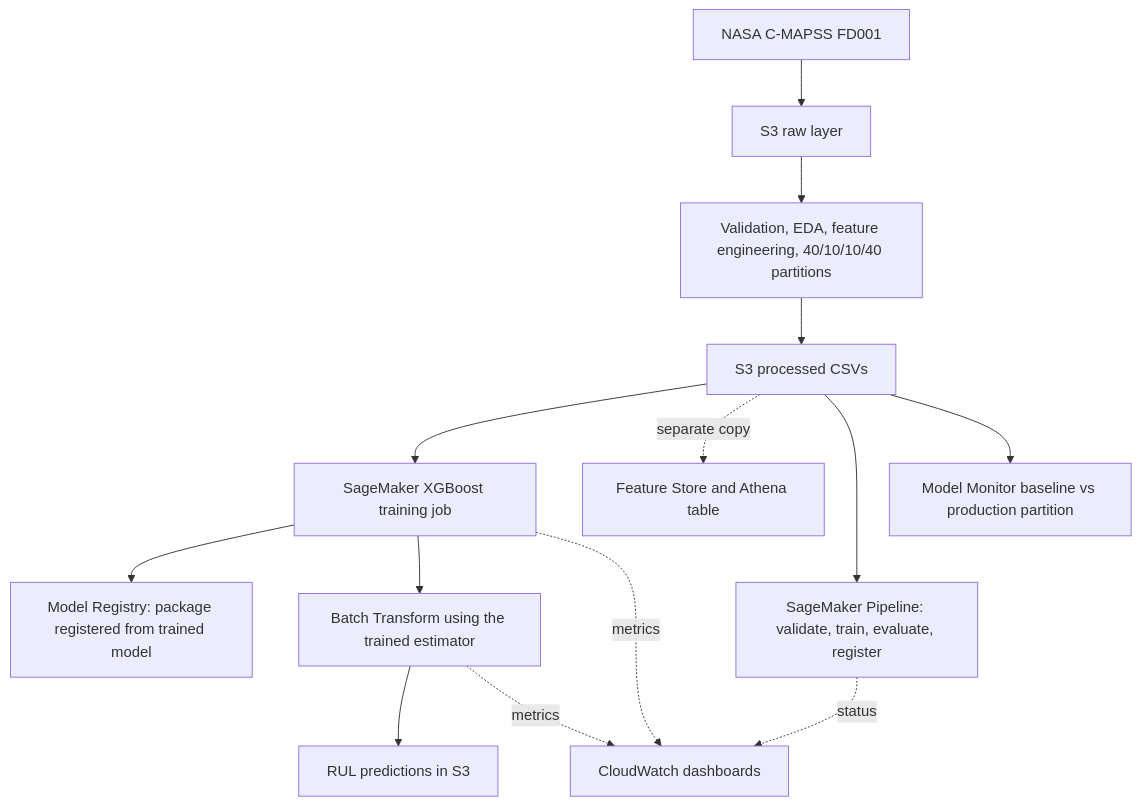
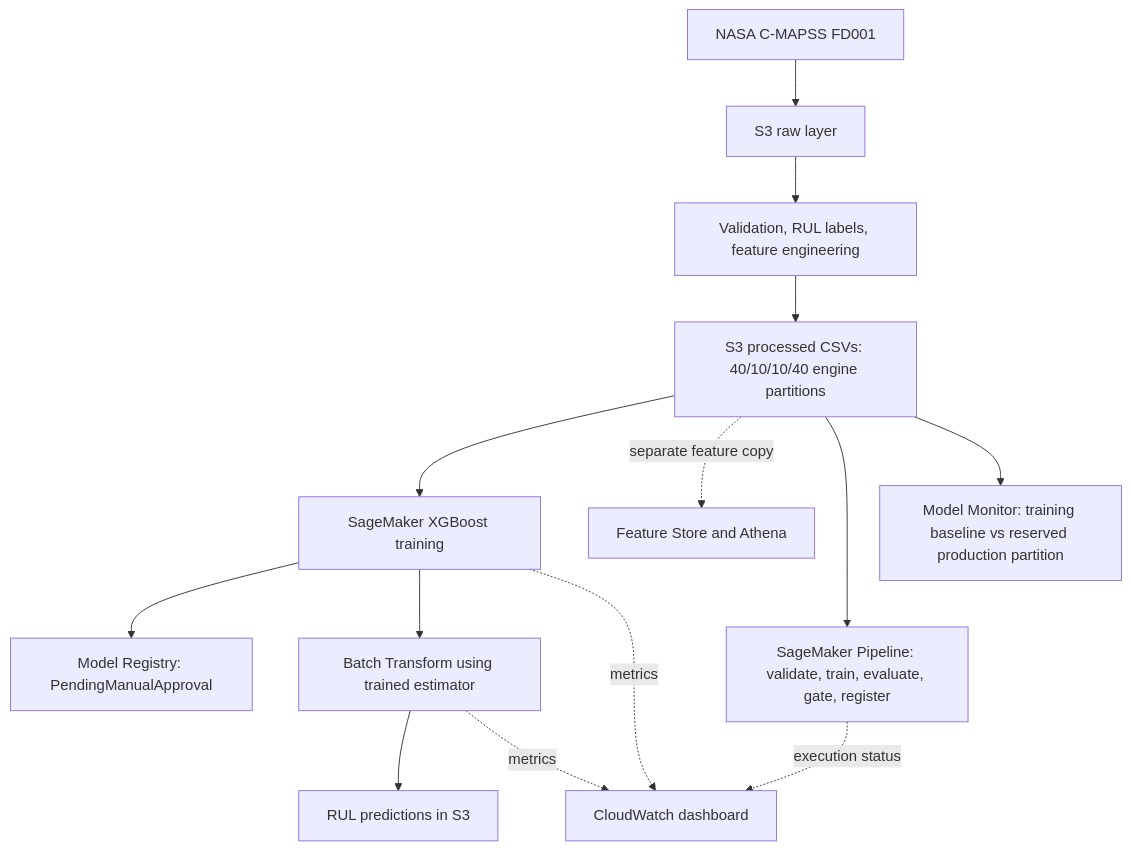
The diagram in README.md (AndrewBlumhardt/usd-aai-540-turbofan-rul), drawn with Mermaid before and after one commit. The commit also changed other lines of this file, not shown here.

Commit message:
Revise README with SageMaker evaluation and model context

````diff
--- a/README.md
+++ b/README.md
@@ -35,16 +72,16 @@
 ```mermaid
 flowchart TD
     A[NASA C-MAPSS FD001] --> B[S3 raw layer]
-    B --> C[Validation, EDA, feature engineering, 40/10/10/40 partitions]
-    C --> P[S3 processed CSVs]
-    P --> D[SageMaker XGBoost training job]
-    P -. separate copy .-> FS[Feature Store and Athena table]
-    D --> R[Model Registry: package registered from trained model]
-    D --> F[Batch Transform using the trained estimator]
+    B --> C[Validation, RUL labels, feature engineering]
+    C --> P[S3 processed CSVs: 40/10/10/40 engine partitions]
+    P --> D[SageMaker XGBoost training]
+    P -. separate feature copy .-> FS[Feature Store and Athena]
+    D --> R[Model Registry: PendingManualApproval]
+    D --> F[Batch Transform using trained estimator]
     F --> G[RUL predictions in S3]
-    P --> PL[SageMaker Pipeline: validate, train, evaluate, register]
-    P --> MM[Model Monitor baseline vs production partition]
-    D -. metrics .-> CW[CloudWatch dashboards]
+    P --> PL[SageMaker Pipeline: validate, train, evaluate, gate, register]
+    P --> MM[Model Monitor: training baseline vs reserved production partition]
+    D -. metrics .-> CW[CloudWatch dashboard]
     F -. metrics .-> CW
-    PL -. status .-> CW
+    PL -. execution status .-> CW
 ```
````
